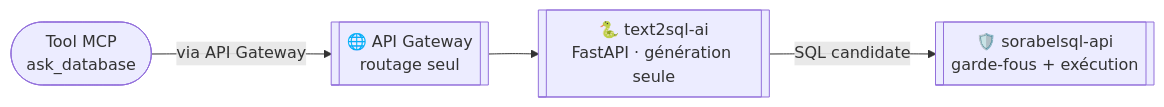
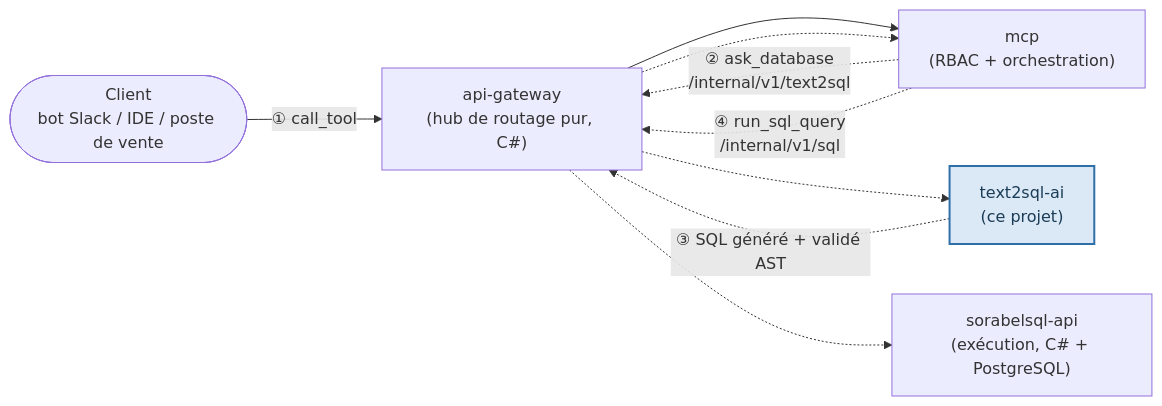
The first of 2 diagrams in text2sql-ai/README.md (acerolaz/sorabel), drawn with Mermaid before and after one commit. The commit also changed other lines of this file, not shown here.

First line of the commit message:
docs(text2sql-ai): refond le README et corrige deux erreurs de contrat (#15)

````diff
--- a/text2sql-ai/README.md
+++ b/text2sql-ai/README.md
@@ -48,6 +24,14 @@
 ```mermaid
 flowchart LR
-    MCP(["Tool MCP<br/>ask_database"]) -->|"via API Gateway"| GW[["🌐 API Gateway<br/>routage seul"]]
-    GW --> A[["🐍 text2sql-ai<br/>FastAPI · génération seule"]]
-    A -->|SQL candidate| B[["🛡️ sorabelsql-api<br/>garde-fous + exécution"]]
+    Client(["Client<br/>bot Slack / IDE / poste de vente"]) -->|"① call_tool"| GW
+    GW["api-gateway<br/>(hub de routage pur, C#)"] --> MCP["mcp<br/>(RBAC + orchestration)"]
+    MCP -.->|"② ask_database<br/>/internal/v1/text2sql"| GW
+    GW -.-> T2S["text2sql-ai<br/>(ce projet)"]
+    T2S -.->|"③ SQL généré + validé AST"| GW
+    GW -.-> MCP
+    MCP -.->|"④ run_sql_query<br/>/internal/v1/sql"| GW
+    GW -.-> SQLAPI["sorabelsql-api<br/>(exécution, C# + PostgreSQL)"]
+
+    classDef here fill:#dbe9f7,stroke:#2f6fa8,stroke-width:2px,color:#1b3c56
+    class T2S here
 ```
````
